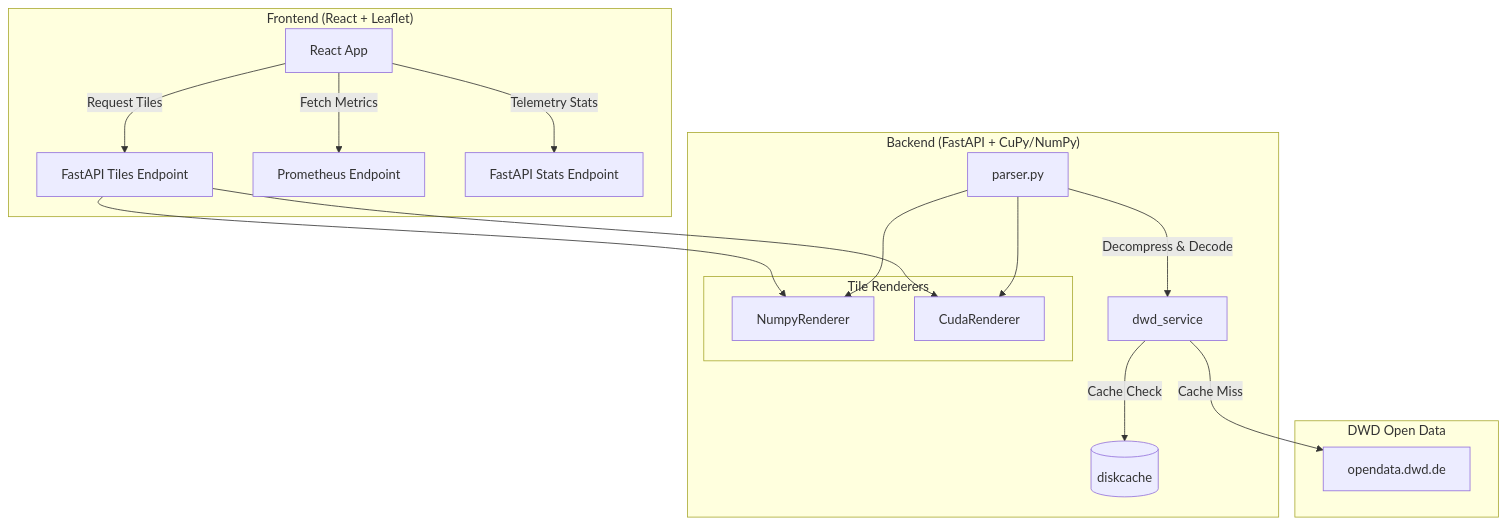
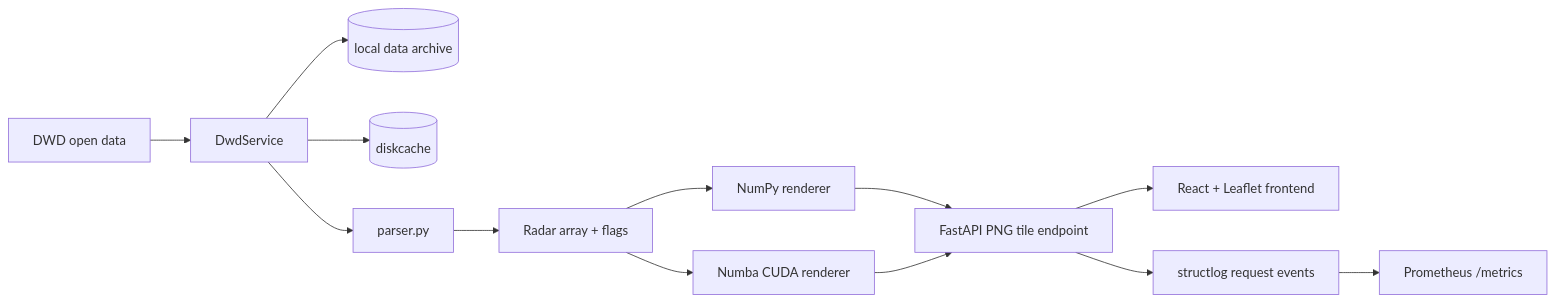
The diagram in README.md (awaldm/radarmap), drawn with Mermaid before and after one commit. The commit also changed other lines of this file and 3 other files, not shown here.

````diff
--- a/README.md
+++ b/README.md
@@ -11,28 +22,15 @@
 ```mermaid
-graph TD
-    subgraph dwd["DWD Open Data"]
-        DWD[opendata.dwd.de]
-    end
-
-    subgraph backend["Backend (FastAPI + CuPy/NumPy)"]
-        Srv[dwd_service] -->|Cache Check| Cache[(diskcache)]
-        Srv -->|Cache Miss| DWD
-        Parse[parser.py] -->|Decompress & Decode| Srv
-        
-        subgraph renderers["Tile Renderers"]
-            CPU[NumpyRenderer]
-            GPU[CudaRenderer]
-        end
-        
-        Parse --> CPU
-        Parse --> GPU
-    end
-
-    subgraph frontend["Frontend (React + Leaflet)"]
-        UI[React App] -->|Request Tiles| BackendAPI[FastAPI Tiles Endpoint]
-        BackendAPI --> CPU
-        BackendAPI --> GPU
-        UI -->|Fetch Metrics| Prom[Prometheus Endpoint]
-        UI -->|Telemetry Stats| StatsAPI[FastAPI Stats Endpoint]
-    end
+flowchart LR
+    DWD[DWD open data] --> Service[DwdService]
+    Service --> Archive[(local data archive)]
+    Service --> Cache[(diskcache)]
+    Service --> Parser[parser.py]
+    Parser --> Array[Radar array + flags]
+    Array --> CPU[NumPy renderer]
+    Array --> GPU[Numba CUDA renderer]
+    CPU --> Tiles[FastAPI PNG tile endpoint]
+    GPU --> Tiles
+    Tiles --> Frontend[React + Leaflet frontend]
+    Tiles --> Logs[structlog request events]
+    Logs --> Metrics[Prometheus /metrics]
 ```
````
